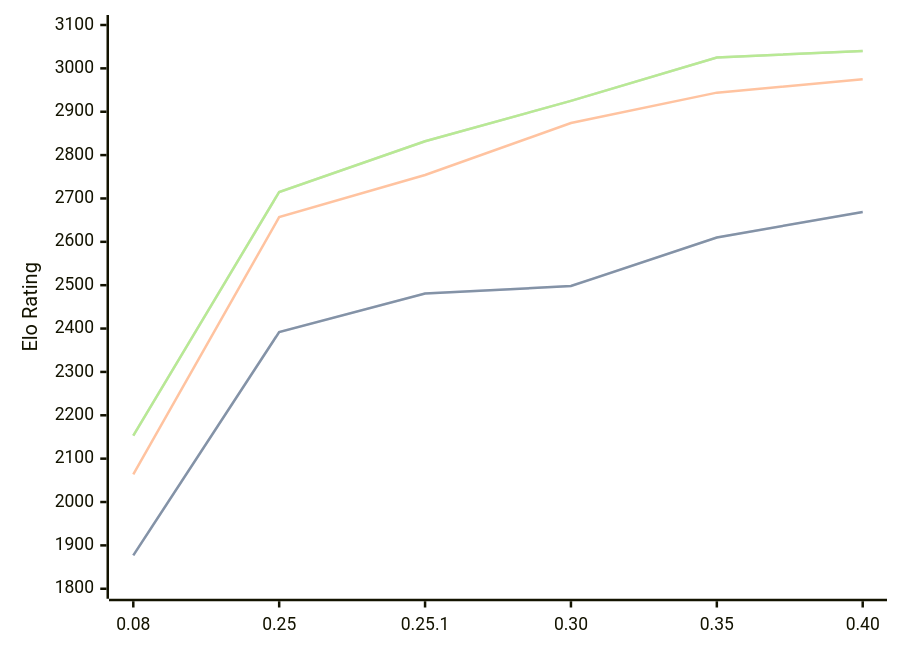
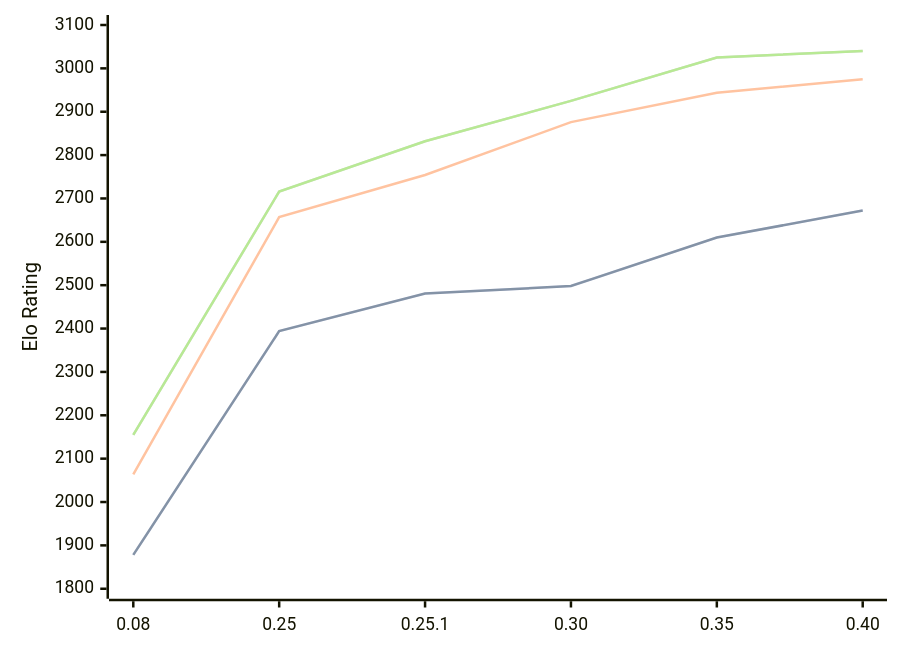
The diagram in engines/Gecko.md (computer-chess-index/cci), drawn with Mermaid before and after one commit. The commit also changed other lines of this file, not shown here.

Commit message:
Update CCI Ratings (ELO VLTC) - 2026-08-27

````diff
--- a/engines/Gecko.md
+++ b/engines/Gecko.md
@@ -36,11 +36,11 @@
 ```mermaid
 %%{init: {"theme":"base","themeVariables":{"seriesColors:['#a3a3a3','#222221','#faa371']}}}%%
 xychart-beta
   x-axis ["0.08", "0.25", "0.25.1", "0.30", "0.35", "0.40"]
   y-axis "Elo Rating" 1800 --> 3100
-  line "STC (8.0+0.08s)" [1877, 2392, 2481, 2498, 2610, 2669]
-  line "STC (8.0+0.08s)" [1877, 2392, 2481, 2498, 2610, 2669]
-  line "LTC (60.0+0.60s)" [2064, 2657, 2754, 2874, 2944, 2975]
-  line "VLTC (2m24s+1.12s)" [2153, 2715, 2832, 2925, 3025, 3040]
-  line "VLTC (2m24s+1.12s)" [2153, 2715, 2832, 2925, 3025, 3040]
+  line "STC (8.0+0.08s)" [1878, 2394, 2481, 2498, 2610, 2672]
+  line "STC (8.0+0.08s)" [1878, 2394, 2481, 2498, 2610, 2672]
+  line "LTC (60.0+0.60s)" [2064, 2657, 2754, 2876, 2944, 2975]
+  line "VLTC (2m24s+1.12s)" [2155, 2716, 2832, 2925, 3025, 3040]
+  line "VLTC (2m24s+1.12s)" [2155, 2716, 2832, 2925, 3025, 3040]
 ```
````
